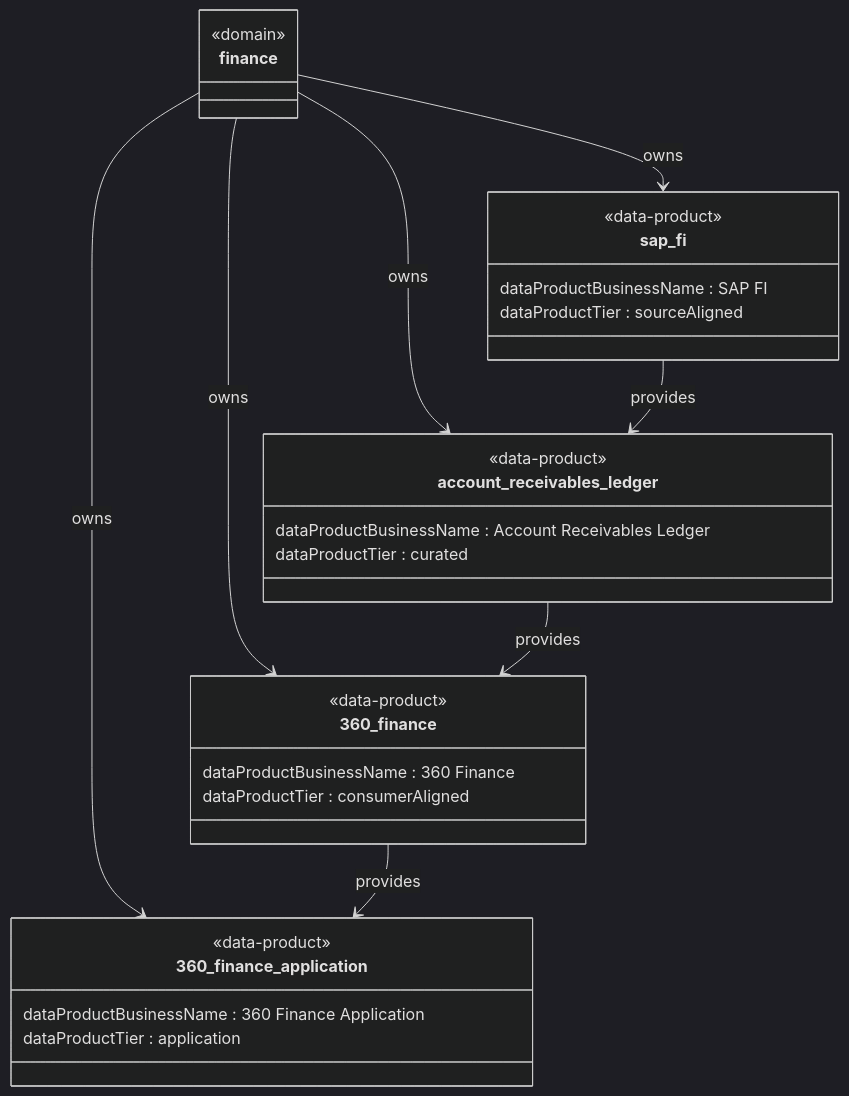
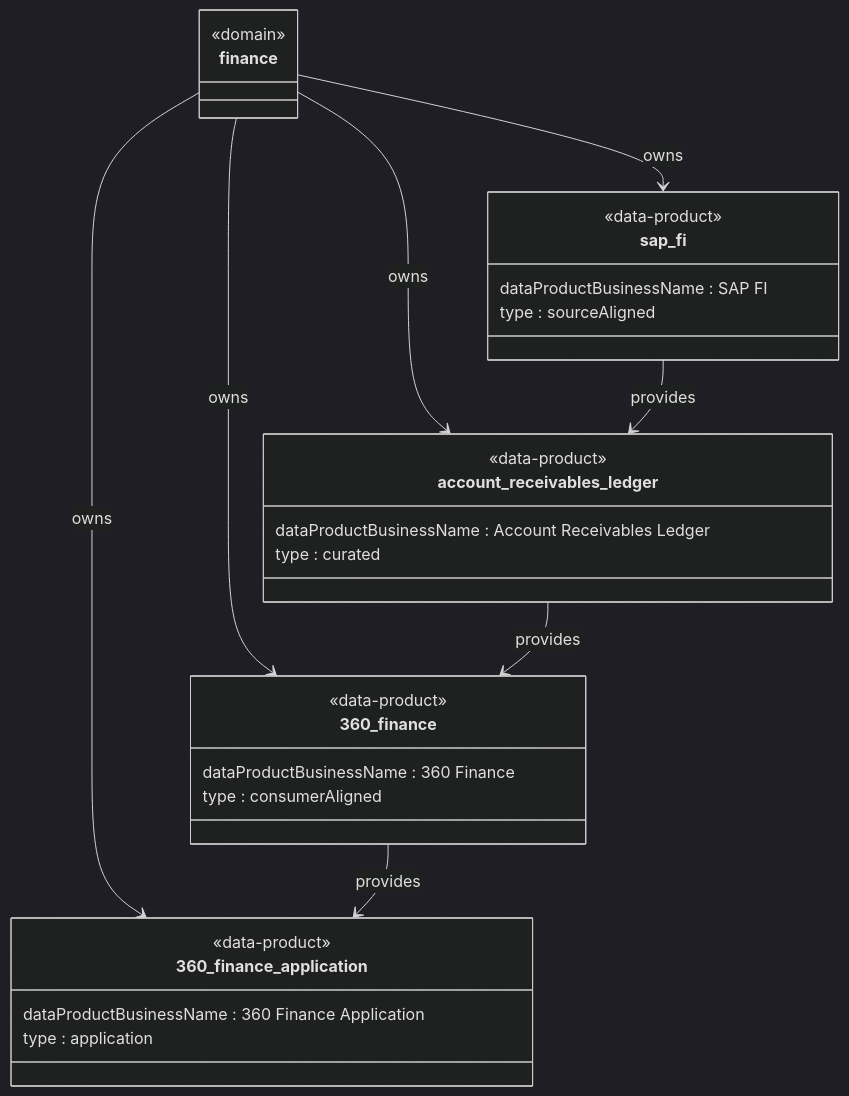
The diagram in packages/dmesh-cli/src/dmesh/cli/commands/testdata/testdata_finance_mermaid_no_dcs.md (dmesh-zone/dmesh-core), drawn with Mermaid (dark theme) before and after one commit. The commit also changed 30 other files, not shown here.

Commit message:
refactor: replace dataProductTier custom property with native type field and update schema versions

````diff
--- a/packages/dmesh-cli/src/dmesh/cli/commands/testdata/testdata_finance_mermaid_no_dcs.md
+++ b/packages/dmesh-cli/src/dmesh/cli/commands/testdata/testdata_finance_mermaid_no_dcs.md
@@ -1,38 +1,38 @@
 ```mermaid
 classDiagram
     %% DOMAIN
     class finance{
         <<domain>>
     }
     finance --> sap_fi: owns
     finance --> account_receivables_ledger : owns
     finance --> 360_finance: owns
     finance --> 360_finance_application: owns
     %% SOURCE ALIGNED DATA PRODUCT
     class sap_fi{
         <<data-product>>
         dataProductBusinessName : SAP FI
-        dataProductTier : sourceAligned
+        type : sourceAligned
     }
     %% CURATED DATA PRODUCT
     class account_receivables_ledger{
         <<data-product>>
         dataProductBusinessName : Account Receivables Ledger
-        dataProductTier : curated
+        type : curated
     }
     %% CONSUMER ALIGNED DATA PRODUCT
     class 360_finance{
         <<data-product>>
         dataProductBusinessName : 360 Finance
-        dataProductTier : consumerAligned
+        type : consumerAligned
     }
     %% APPLICATION DATA PRODUCT
     class 360_finance_application {
         <<data-product>>
         dataProductBusinessName : 360 Finance Application
-        dataProductTier : application
+        type : application
     }
     sap_fi --> account_receivables_ledger : provides
     account_receivables_ledger --> 360_finance: provides
     360_finance --> 360_finance_application : provides
 ```
````
